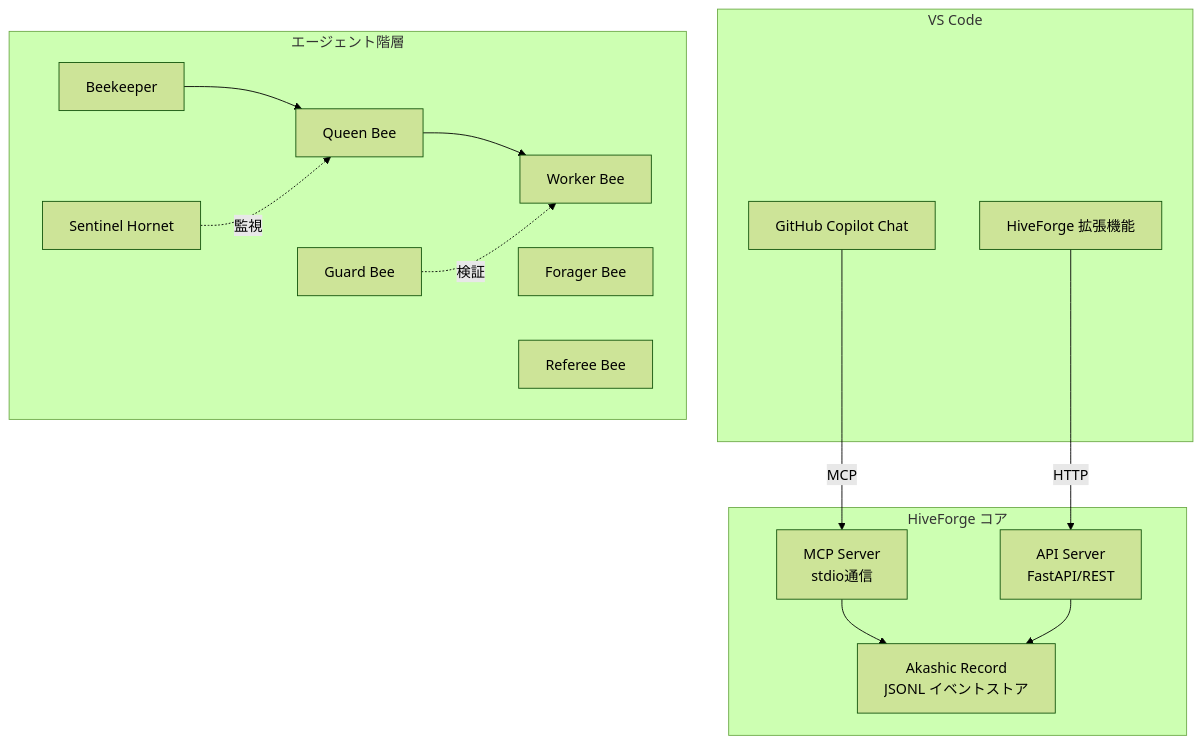
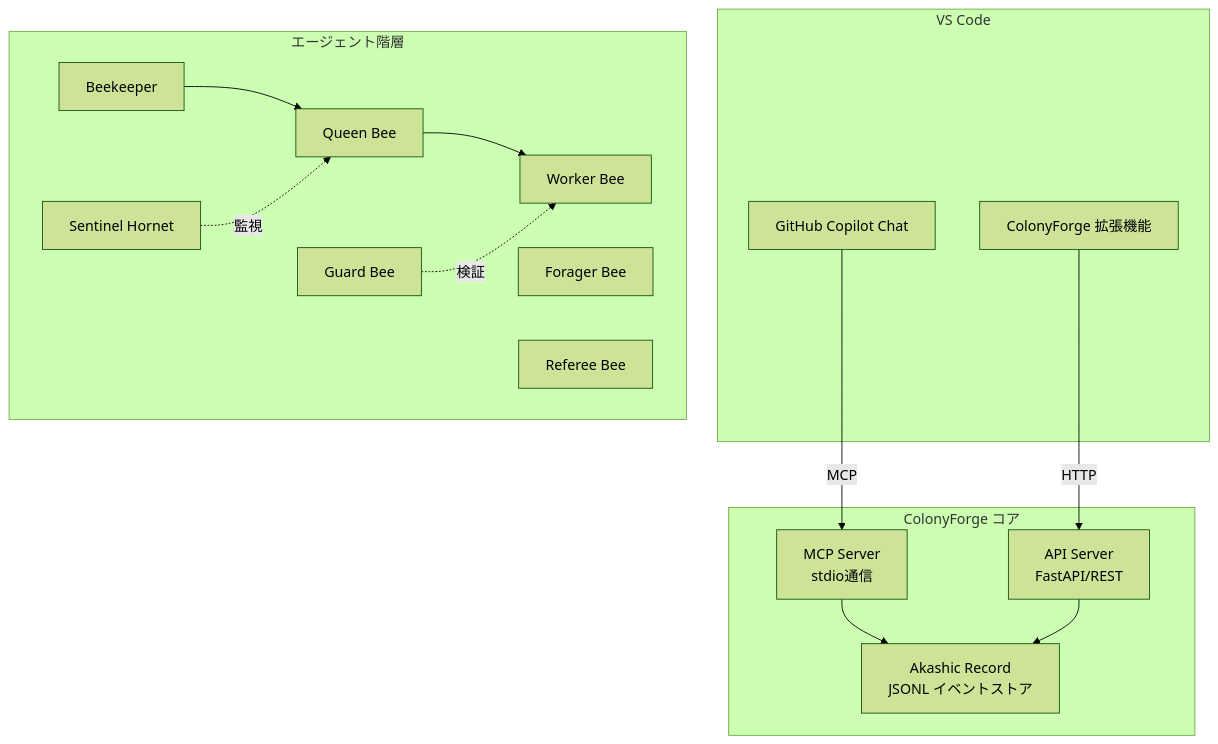
The diagram in docs/architecture/index.ja.md (k-iijima/HiveForge), drawn with Mermaid (forest theme) before and after one commit. The commit also changed other lines of this file and 440 other files, not shown here.

First line of the commit message:
refactor: rename HiveForge to ColonyForge

````diff
--- a/docs/architecture/index.ja.md
+++ b/docs/architecture/index.ja.md
@@ -12,32 +12,32 @@
 ```mermaid
 graph TB
     subgraph "VS Code"
         CP[GitHub Copilot Chat]
-        EXT[HiveForge 拡張機能]
+        EXT[ColonyForge 拡張機能]
     end
 
-    subgraph "HiveForge コア"
+    subgraph "ColonyForge コア"
         MCP[MCP Server<br/>stdio通信]
         API[API Server<br/>FastAPI/REST]
         AR[Akashic Record<br/>JSONL イベントストア]
     end
 
     subgraph "エージェント階層"
         BK[Beekeeper]
         QB[Queen Bee]
         WB[Worker Bee]
         SH[Sentinel Hornet]
         GB[Guard Bee]
         FB[Forager Bee]
         RB[Referee Bee]
     end
 
     CP -->|MCP| MCP
     EXT -->|HTTP| API
     MCP --> AR
     API --> AR
     BK --> QB
     QB --> WB
     SH -.->|監視| QB
     GB -.->|検証| WB
 ```
````
